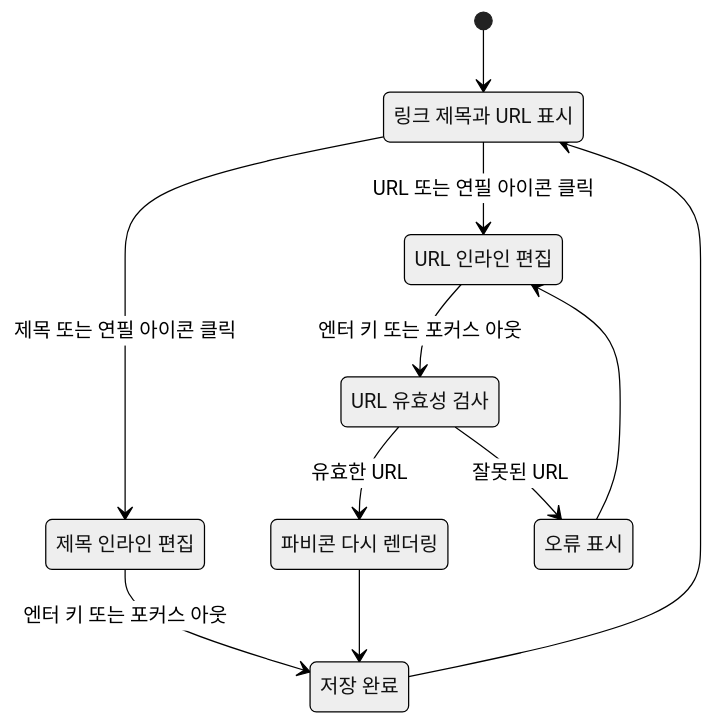
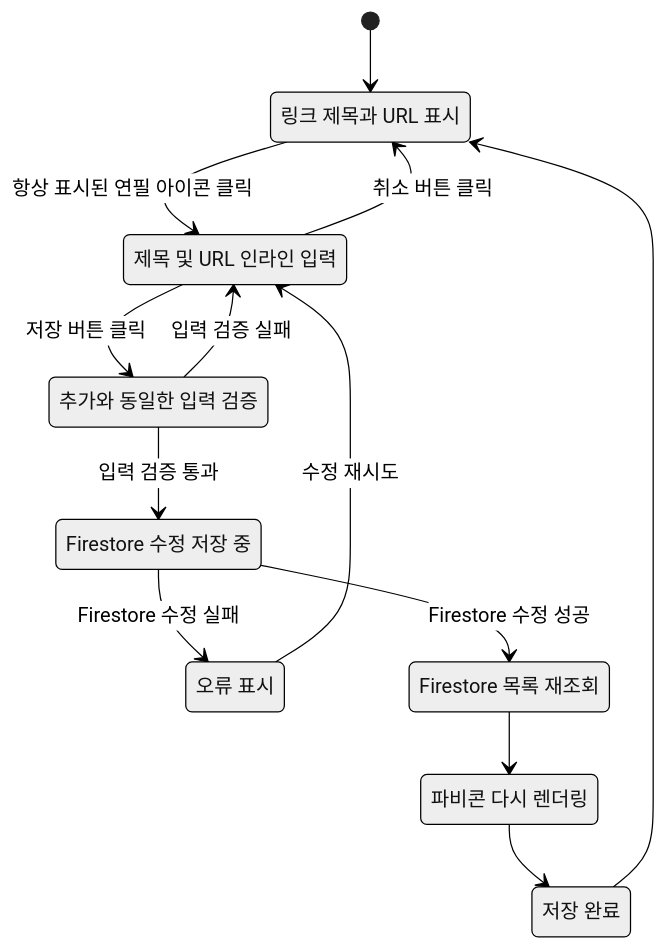
Before and after one commit to olivesch/my-link: the eighth of 13 diagrams in docs/Wireframe.md, drawn with Mermaid (neutral theme). The commit also changed other lines of this file and 6 other files, not shown here.

````diff
--- a/docs/Wireframe.md
+++ b/docs/Wireframe.md
@@ -185,21 +194,24 @@
 ```mermaid
 stateDiagram-v2
   [*] --> LinkView
   LinkView: 링크 제목과 URL 표시
-  TitleEdit: 제목 인라인 편집
-  UrlEdit: URL 인라인 편집
-  Validate: URL 유효성 검사
+  InlineEdit: 제목 및 URL 인라인 입력
+  Validate: 추가와 동일한 입력 검증
+  Saving: Firestore 수정 저장 중
   UpdateFavicon: 파비콘 다시 렌더링
   LinkSaved: 저장 완료
   LinkError: 오류 표시
 
-  LinkView --> TitleEdit: 제목 또는 연필 아이콘 클릭
-  LinkView --> UrlEdit: URL 또는 연필 아이콘 클릭
-  TitleEdit --> LinkSaved: 엔터 키 또는 포커스 아웃
-  UrlEdit --> Validate: 엔터 키 또는 포커스 아웃
-  Validate --> UpdateFavicon: 유효한 URL
-  Validate --> LinkError: 잘못된 URL
+  LinkView --> InlineEdit: 항상 표시된 연필 아이콘 클릭
+  InlineEdit --> Validate: 저장 버튼 클릭
+  InlineEdit --> LinkView: 취소 버튼 클릭
+  Validate --> InlineEdit: 입력 검증 실패
+  Validate --> Saving: 입력 검증 통과
+  Saving --> Reload: Firestore 수정 성공
+  Saving --> LinkError: Firestore 수정 실패
+  Reload: Firestore 목록 재조회
+  Reload --> UpdateFavicon
   UpdateFavicon --> LinkSaved
   LinkSaved --> LinkView
-  LinkError --> UrlEdit
+  LinkError --> InlineEdit: 수정 재시도
 ```
````
